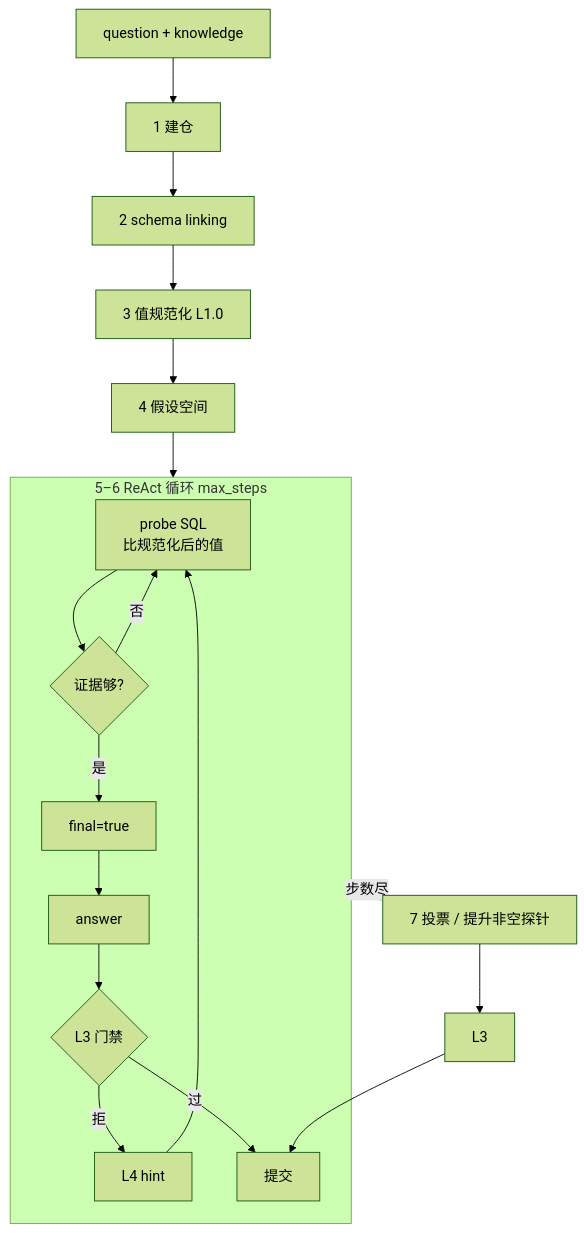
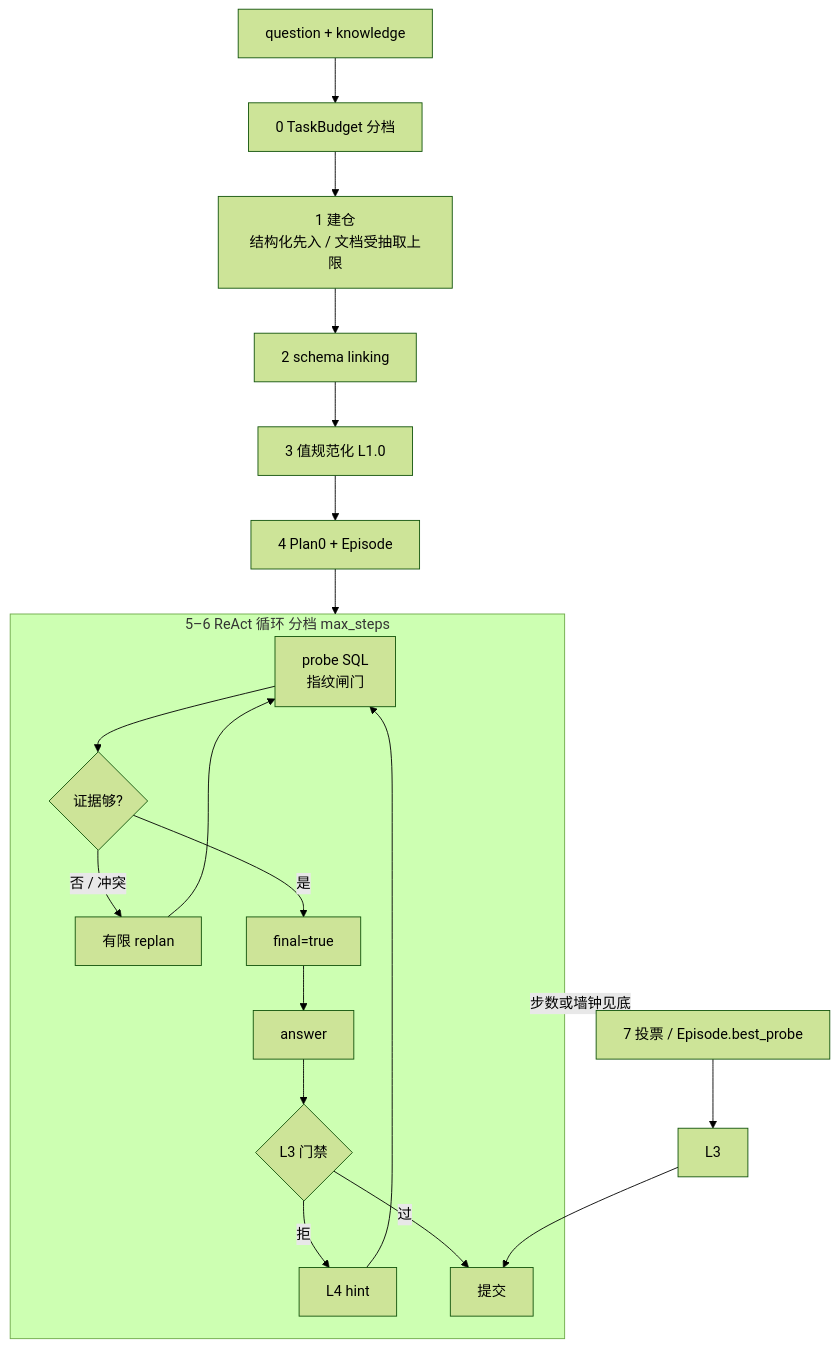
One commit to salted-butter-joshua/Kdd-Cup-2026-Data-Agents changed the diagram in PHASE_1/架构设计.md. Above: the diagram before and after it, drawn with Mermaid (forest theme). The commit also changed other lines of this file and 26 other files, not shown here.

````diff
--- a/PHASE_1/架构设计.md
+++ b/PHASE_1/架构设计.md
@@ -24,21 +25,22 @@
 ```mermaid
 flowchart TD
-    Q[question + knowledge] --> L0[1 建仓]
+    Q[question + knowledge] --> B[0 TaskBudget 分档]
+    B --> L0[1 建仓<br/>结构化先入 / 文档受抽取上限]
     L0 --> SL[2 schema linking]
     SL --> NORM[3 值规范化 L1.0]
-    NORM --> HG[4 假设空间]
-    HG --> R
+    NORM --> EP[4 Plan0 + Episode]
+    EP --> R
 
-    subgraph R["5–6 ReAct 循环 max_steps"]
-        P[probe SQL<br/>比规范化后的值] --> E{证据够?}
-        E -- 否 --> P
+    subgraph R["5–6 ReAct 循环 分档 max_steps"]
+        P[probe SQL<br/>指纹闸门] --> E{证据够?}
+        E -- 否 / 冲突 --> RP[有限 replan] --> P
         E -- 是 --> F[final=true]
         F --> A[answer]
         A --> G{L3 门禁}
         G -- 拒 --> H[L4 hint] --> P
         G -- 过 --> S[提交]
     end
 
-    R -->|步数尽| V[7 投票 / 提升非空探针]
+    R -->|步数或墙钟见底| V[7 投票 / Episode.best_probe]
     V --> G2[L3] --> S
 ```
````
